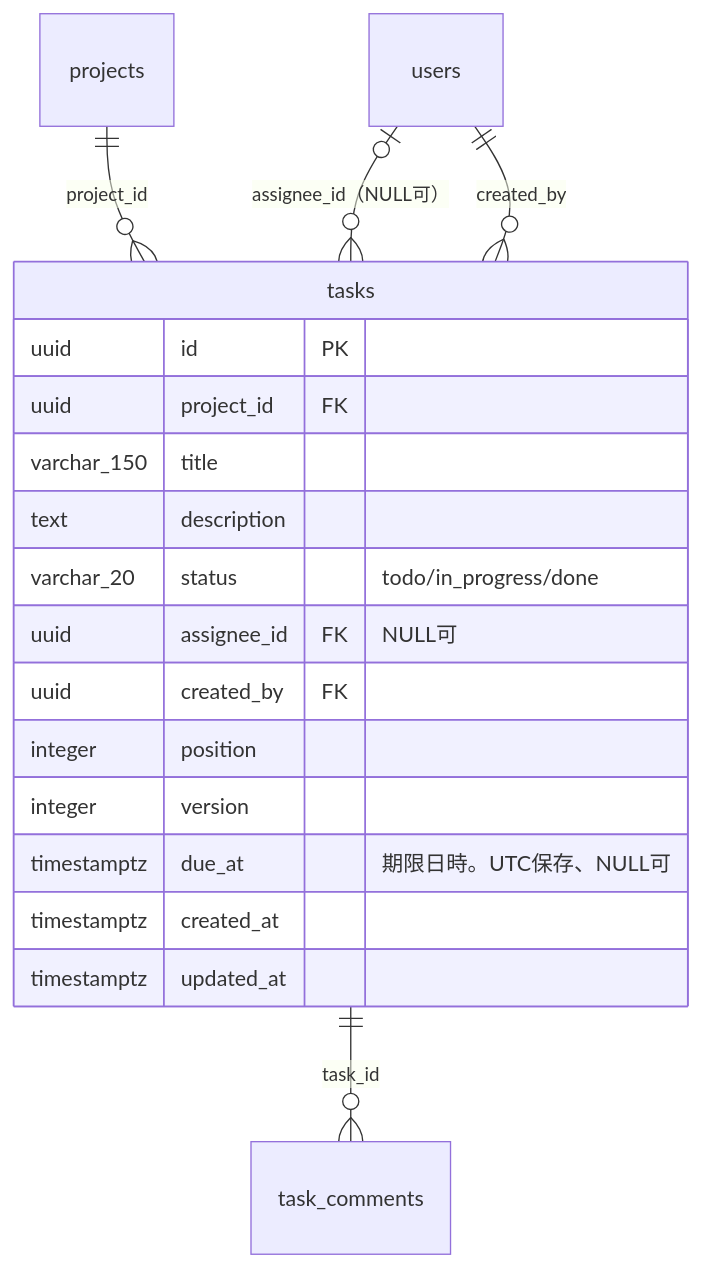
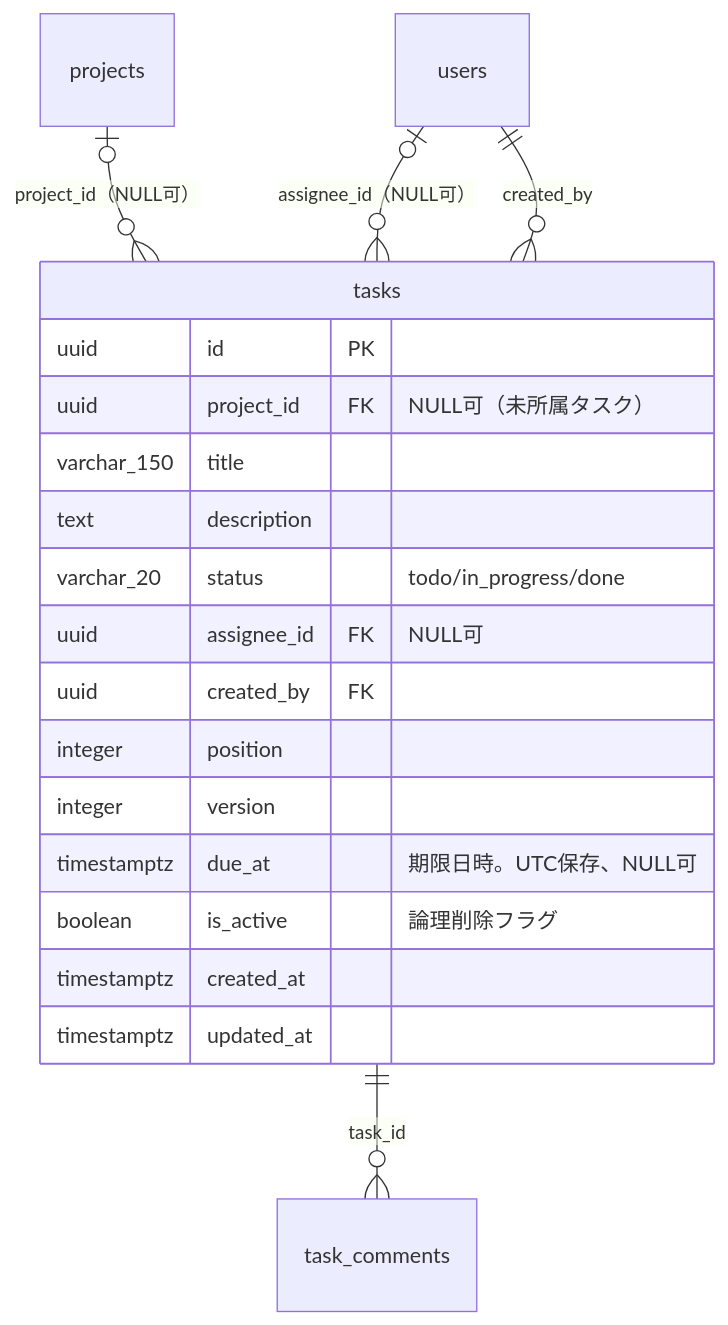
The first of 4 diagrams in detailed_design/database/06_table_tasks.md (oikawa-d/task_management), drawn with Mermaid before and after one commit. The commit also changed other lines of this file and 25 other files, not shown here.

````diff
--- a/detailed_design/database/06_table_tasks.md
+++ b/detailed_design/database/06_table_tasks.md
@@ -160,22 +170,23 @@
 ```mermaid
 erDiagram
-    projects ||--o{ tasks : "project_id"
+    projects |o--o{ tasks : "project_id（NULL可）"
     users |o--o{ tasks : "assignee_id（NULL可）"
     users ||--o{ tasks : "created_by"
     tasks ||--o{ task_comments : "task_id"
 
     tasks {
         uuid id PK
-        uuid project_id FK
+        uuid project_id FK "NULL可（未所属タスク）"
         varchar_150 title
         text description
         varchar_20 status "todo/in_progress/done"
         uuid assignee_id FK "NULL可"
         uuid created_by FK
         integer position
         integer version
         timestamptz due_at "期限日時。UTC保存、NULL可"
+        boolean is_active "論理削除フラグ"
         timestamptz created_at
         timestamptz updated_at
     }
 ```
````
